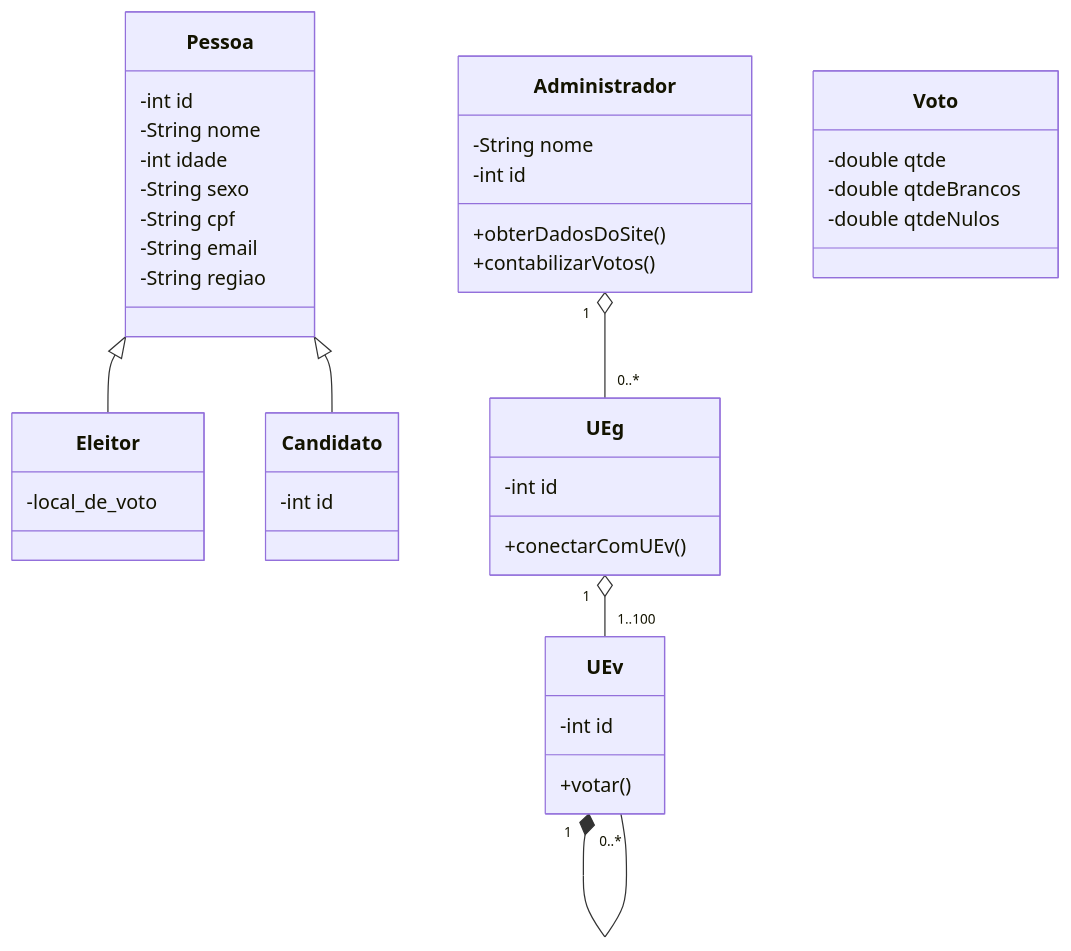
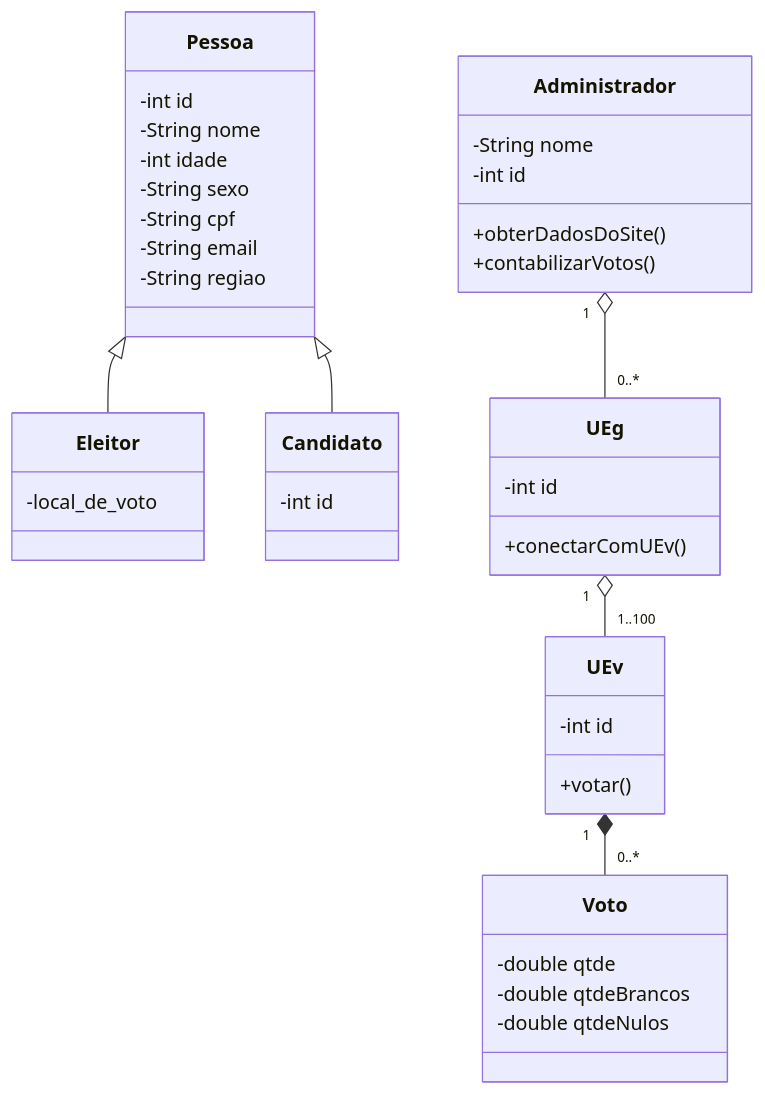
One commit to HenriqueFinatti/Modelagem-De-Software-Orientado-a-Objetos changed the diagram in Diagrama De Classes.md. Above: the diagram before and after it, drawn with Mermaid.

Commit message:
Update Diagrama De Classes.md

````diff
--- a/Diagrama De Classes.md
+++ b/Diagrama De Classes.md
@@ -3,47 +3,47 @@
 ```mermaid
 classDiagram
 Pessoa <|-- Eleitor
 Pessoa <|-- Candidato
 Pessoa: -int id
 Pessoa: -String nome
 Pessoa: -int idade
 Pessoa: -String sexo
 Pessoa: -String cpf
 Pessoa: -String email
 Pessoa: -String regiao
 
 Eleitor: -local_de_voto
 
 class Candidato{
   -int id
 }
 
 class UEg{
   -int id
   +conectarComUEv()
 }
 
 class UEv{
   -int id
   +votar()
 }
 
 class Administrador{
   -String nome
   -int id
  +obterDadosDoSite()
  +contabilizarVotos()
 
 }
 
 class Voto{
   -double qtde
   -double qtdeBrancos
   -double qtdeNulos
 }
 
 Administrador "1" o-- "0..*" UEg
 UEg "1" o-- "1..100" UEv
-UEv "1" *-- "0..*" UEv
+UEv "1" *-- "0..*" Voto
 
 ```
````
